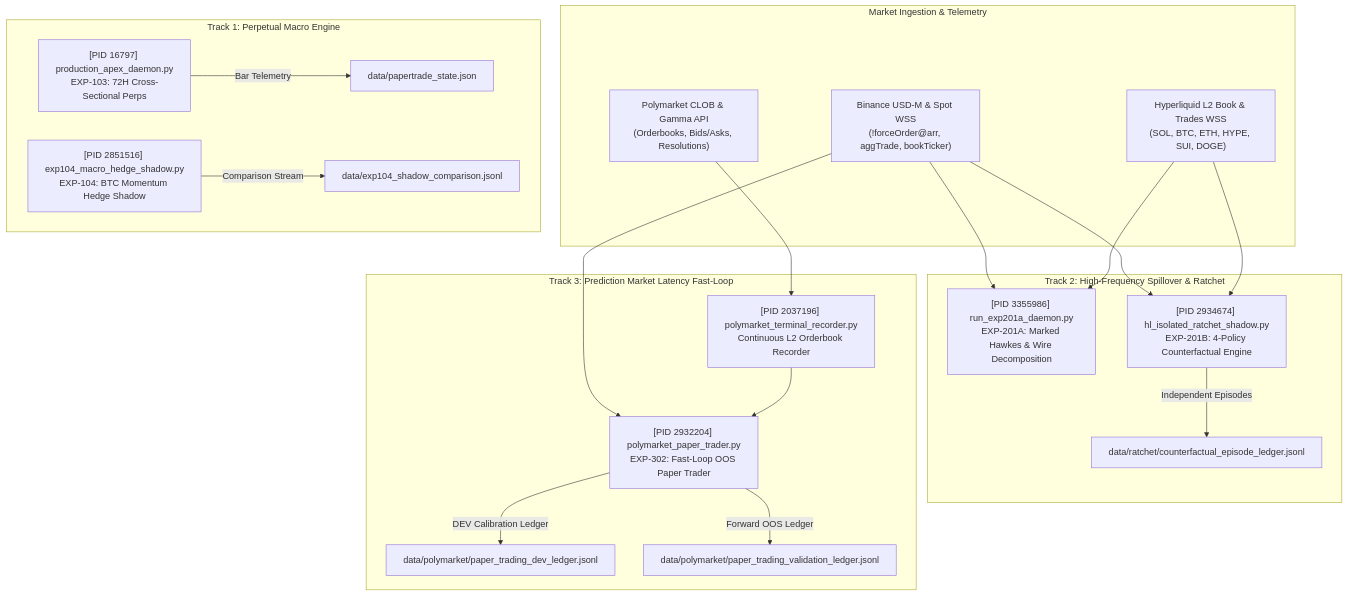
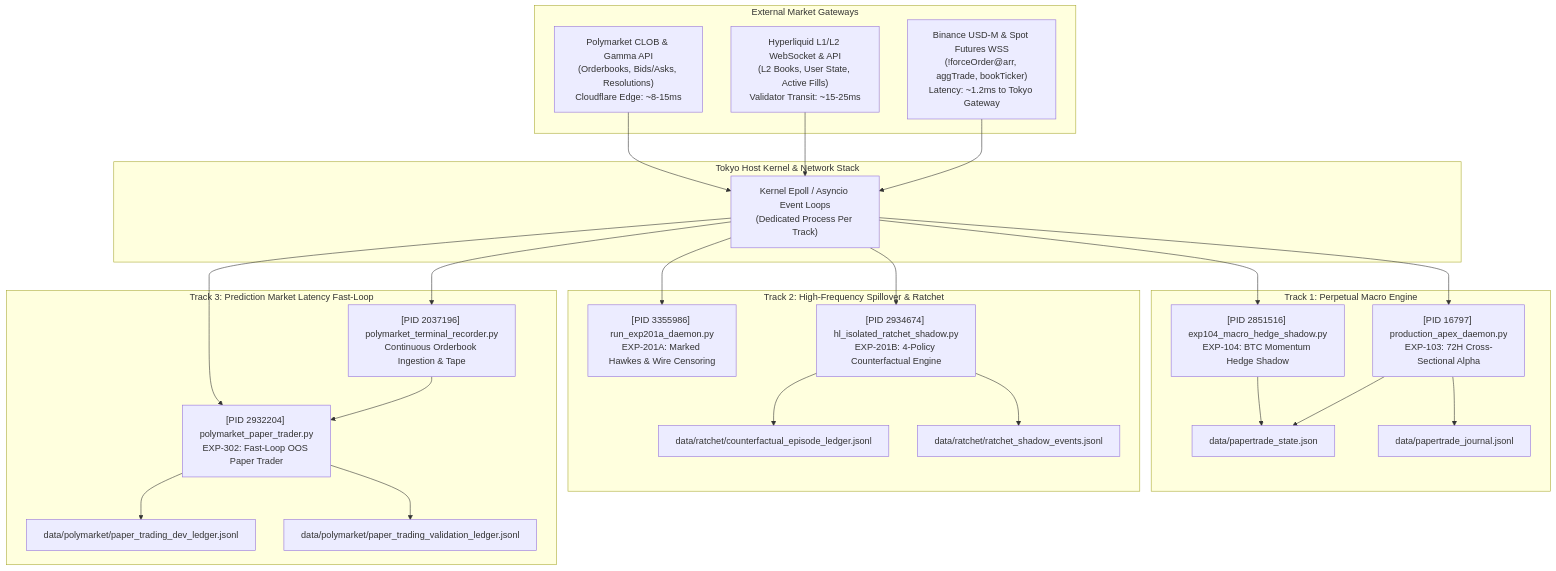
Before and after one commit to skybullet1987/quant_pipeline: the first of 4 diagrams in reports/UNIFIED_EXPERIMENT_ARCHITECTURE_AND_TRACKING.md, drawn with Mermaid. The commit also changed other lines of this file, not shown here.

Commit message:
docs: expand unified experiment architecture to enterprise review grade

````diff
--- a/reports/UNIFIED_EXPERIMENT_ARCHITECTURE_AND_TRACKING.md
+++ b/reports/UNIFIED_EXPERIMENT_ARCHITECTURE_AND_TRACKING.md
@@ -15,35 +44,51 @@
 ```mermaid
-graph TD
-    subgraph Market Ingestion & Telemetry
-        B_WSS["Binance USD-M & Spot WSS<br/>(!forceOrder@arr, aggTrade, bookTicker)"]
-        HL_WSS["Hyperliquid L2 Book & Trades WSS<br/>(SOL, BTC, ETH, HYPE, SUI, DOGE)"]
-        PM_REST["Polymarket CLOB & Gamma API<br/>(Orderbooks, Bids/Asks, Resolutions)"]
+graph TB
+    subgraph External Market Gateways
+        B_WSS["Binance USD-M & Spot Futures WSS<br/>(!forceOrder@arr, aggTrade, bookTicker)<br/>Latency: ~1.2ms to Tokyo Gateway"]
+        HL_WSS["Hyperliquid L1/L2 WebSocket & API<br/>(L2 Books, User State, Active Fills)<br/>Validator Transit: ~15-25ms"]
+        PM_REST["Polymarket CLOB & Gamma API<br/>(Orderbooks, Bids/Asks, Resolutions)<br/>Cloudflare Edge: ~8-15ms"]
+    end
+
+    subgraph Tokyo Host Kernel & Network Stack
+        SOCKETS["Kernel Epoll / Asyncio Event Loops<br/>(Dedicated Process Per Track)"]
     end
 
     subgraph Track 1: Perpetual Macro Engine
-        APEX["[PID 16797] production_apex_daemon.py<br/>EXP-103: 72H Cross-Sectional Perps"]
+        APEX["[PID 16797] production_apex_daemon.py<br/>EXP-103: 72H Cross-Sectional Alpha"]
         HEDGE["[PID 2851516] exp104_macro_hedge_shadow.py<br/>EXP-104: BTC Momentum Hedge Shadow"]
-        APEX -->|Bar Telemetry| STATE1["data/papertrade_state.json"]
-        HEDGE -->|Comparison Stream| STATE1_H["data/exp104_shadow_comparison.jsonl"]
+        APEX_STATE["data/papertrade_state.json"]
+        APEX_JOURNAL["data/papertrade_journal.jsonl"]
+        APEX --> APEX_STATE
+        APEX --> APEX_JOURNAL
+        HEDGE --> APEX_STATE
     end
 
     subgraph Track 2: High-Frequency Spillover & Ratchet
-        TEL["[PID 3355986] run_exp201a_daemon.py<br/>EXP-201A: Marked Hawkes & Wire Decomposition"]
+        TEL["[PID 3355986] run_exp201a_daemon.py<br/>EXP-201A: Marked Hawkes & Wire Censoring"]
         RATCHET["[PID 2934674] hl_isolated_ratchet_shadow.py<br/>EXP-201B: 4-Policy Counterfactual Engine"]
-        B_WSS --> TEL
-        HL_WSS --> TEL
-        B_WSS --> RATCHET
-        HL_WSS --> RATCHET
-        RATCHET -->|Independent Episodes| LEDGER2["data/ratchet/counterfactual_episode_ledger.jsonl"]
+        RATCHET_LEDGER["data/ratchet/counterfactual_episode_ledger.jsonl"]
+        RATCHET_EVENTS["data/ratchet/ratchet_shadow_events.jsonl"]
+        RATCHET --> RATCHET_LEDGER
+        RATCHET --> RATCHET_EVENTS
     end
 
     subgraph Track 3: Prediction Market Latency Fast-Loop
-        PM_REC["[PID 2037196] polymarket_terminal_recorder.py<br/>Continuous L2 Orderbook Recorder"]
+        PM_REC["[PID 2037196] polymarket_terminal_recorder.py<br/>Continuous Orderbook Ingestion & Tape"]
         PM_TRD["[PID 2932204] polymarket_paper_trader.py<br/>EXP-302: Fast-Loop OOS Paper Trader"]
-        B_WSS --> PM_TRD
-        PM_REST --> PM_REC
+        PM_DEV["data/polymarket/paper_trading_dev_ledger.jsonl"]
+        PM_OOS["data/polymarket/paper_trading_validation_ledger.jsonl"]
         PM_REC --> PM_TRD
-        PM_TRD -->|DEV Calibration Ledger| DEV_L["data/polymarket/paper_trading_dev_ledger.jsonl"]
-        PM_TRD -->|Forward OOS Ledger| OOS_L["data/polymarket/paper_trading_validation_ledger.jsonl"]
+        PM_TRD --> PM_DEV
+        PM_TRD --> PM_OOS
     end
+
+    B_WSS --> SOCKETS
+    HL_WSS --> SOCKETS
+    PM_REST --> SOCKETS
+    SOCKETS --> APEX
+    SOCKETS --> HEDGE
+    SOCKETS --> TEL
+    SOCKETS --> RATCHET
+    SOCKETS --> PM_REC
+    SOCKETS --> PM_TRD
 ```
````
